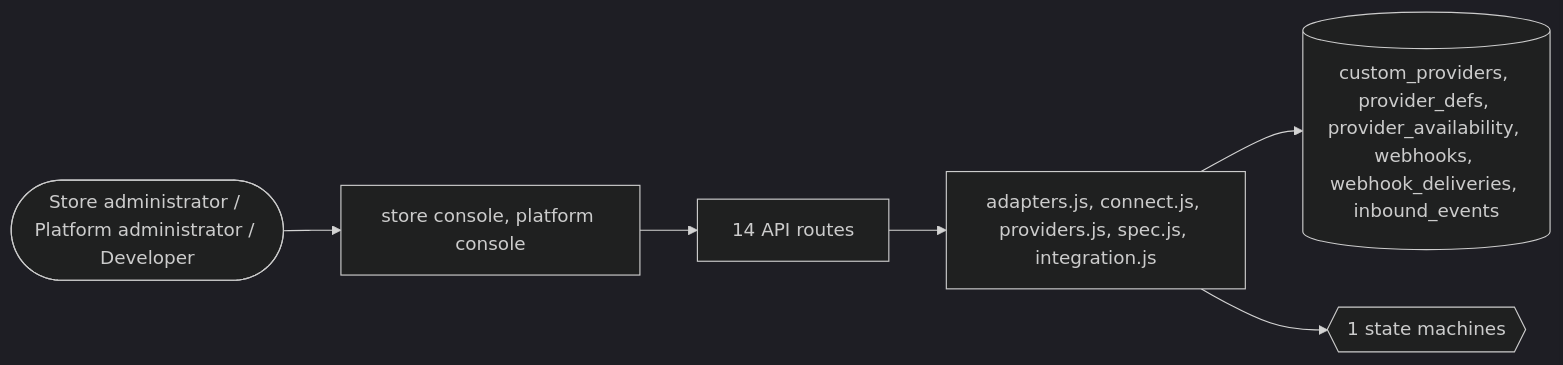
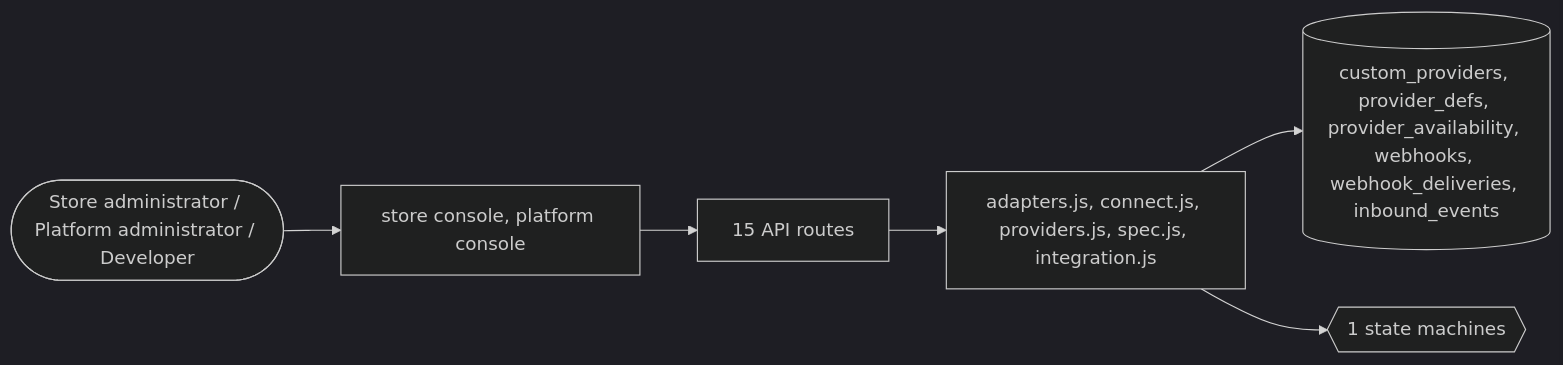
The second of 2 diagrams in docs/domains/integration.md (echelonxventures-Projects/universal-product), drawn with Mermaid (dark theme) before and after one commit. The commit also changed other lines of this file and 21 other files, not shown here.

````diff
--- a/docs/domains/integration.md
+++ b/docs/domains/integration.md
@@ -148,8 +149,8 @@
 ```mermaid
 flowchart LR
   U([Store administrator / Platform administrator / Developer]) --> UI[store console, platform console]
-  UI --> API[14 API routes]
+  UI --> API[15 API routes]
   API --> ENG[adapters.js, connect.js, providers.js, spec.js, integration.js]
   ENG --> DB[(custom_providers, provider_defs, provider_availability, webhooks, webhook_deliveries, inbound_events)]
   ENG --> SM{{1 state machines}}
 ```
````
